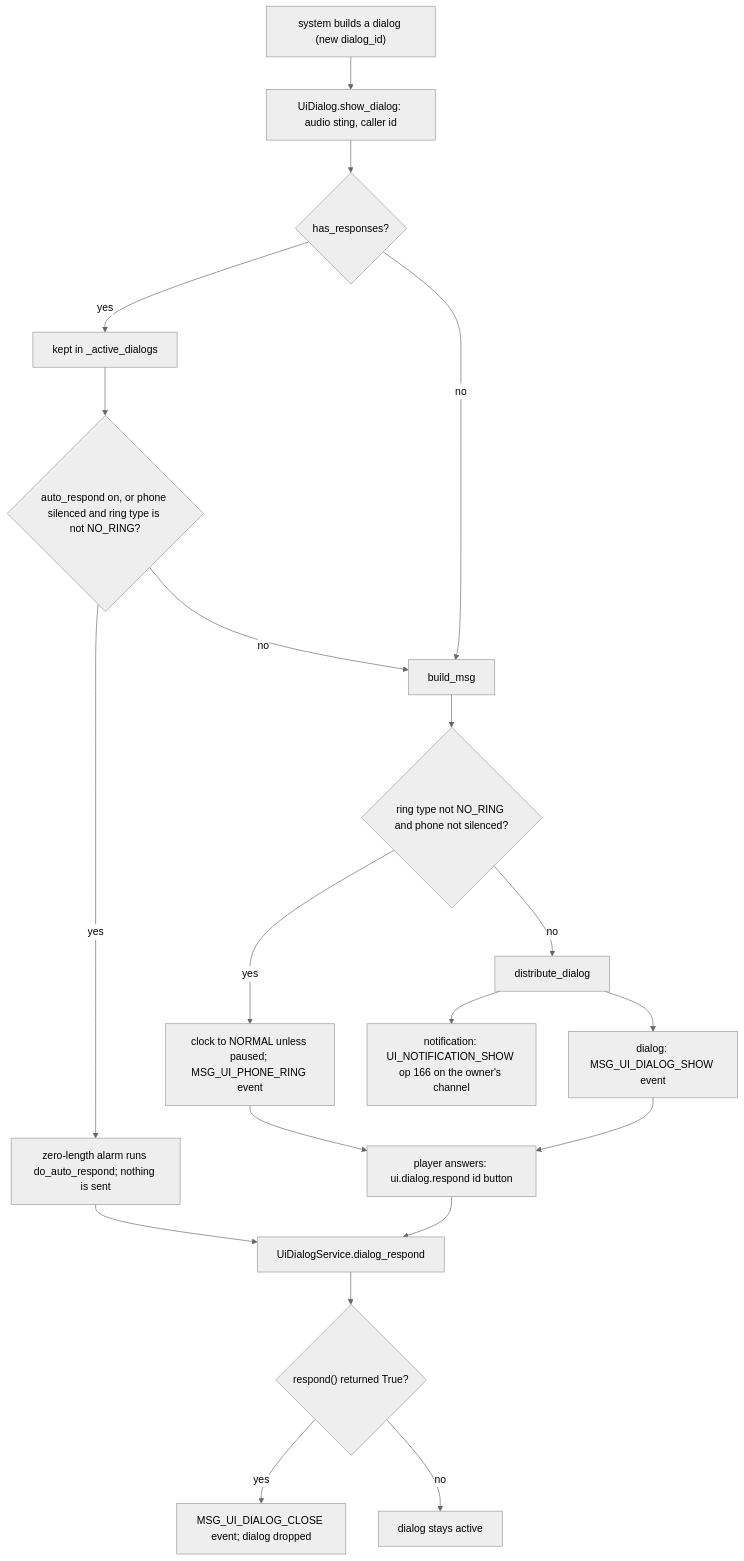
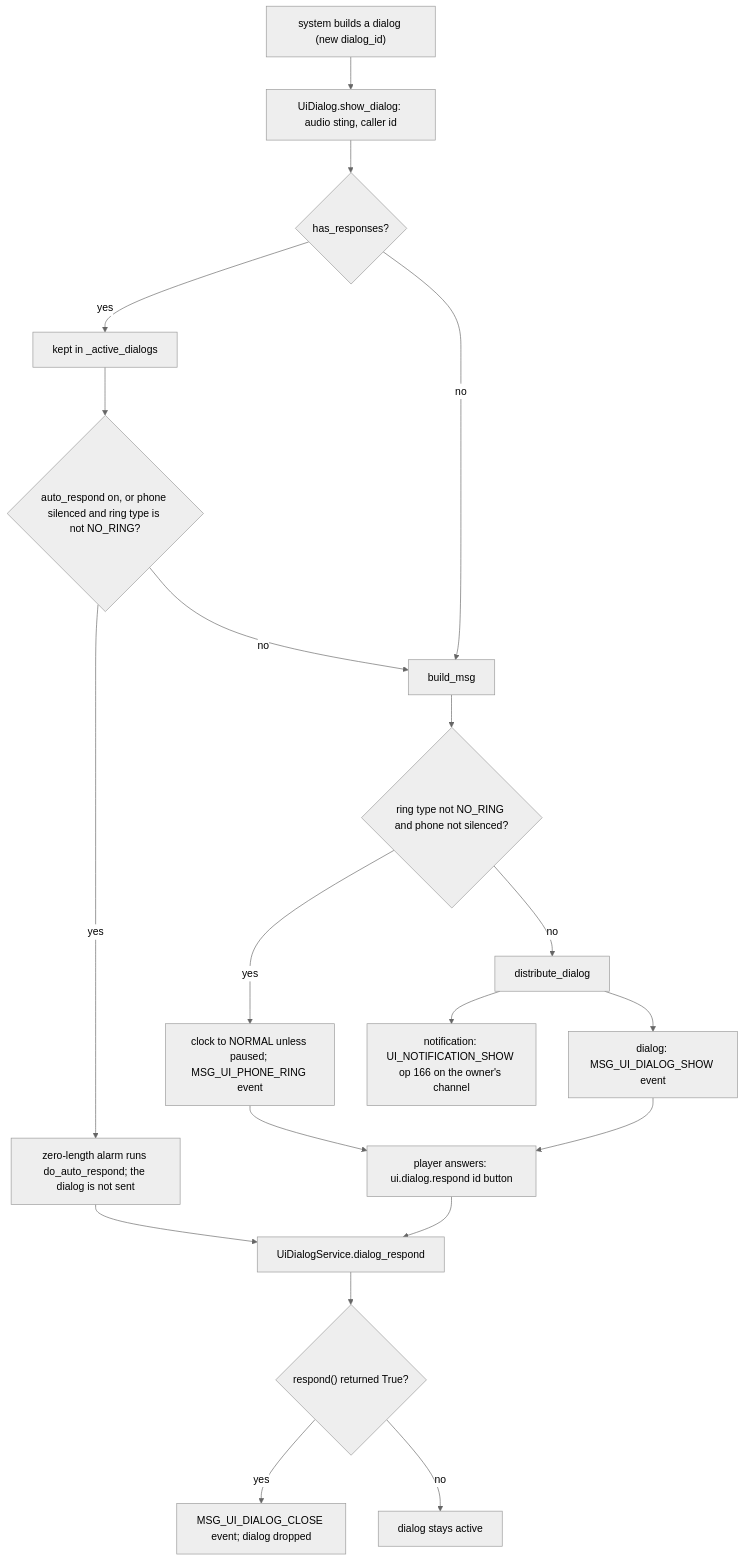
Before and after one commit to sudo-ezekiel/how-the-sims-4-works: the first of 2 diagrams in src/7.01-ui-dialogs-tutorials.md, drawn with Mermaid (neutral theme). The commit also changed other lines of this file and 60 other files, not shown here.

````diff
--- a/src/7.01-ui-dialogs-tutorials.md
+++ b/src/7.01-ui-dialogs-tutorials.md
@@ -46,22 +46,22 @@
 ```mermaid
 flowchart TD
   A["system builds a dialog (new dialog_id)"] --> B["UiDialog.show_dialog: audio sting, caller id"]
   B --> C{"has_responses?"}
   C -- yes --> D["kept in _active_dialogs"]
   D --> E{"auto_respond on, or phone silenced and ring type is not NO_RING?"}
-  E -- yes --> F["zero-length alarm runs do_auto_respond; nothing is sent"]
+  E -- yes --> F["zero-length alarm runs do_auto_respond; the dialog is not sent"]
   E -- no --> G["build_msg"]
   C -- no --> G
   G --> H{"ring type not NO_RING and phone not silenced?"}
   H -- yes --> I["clock to NORMAL unless paused; MSG_UI_PHONE_RING event"]
   H -- no --> J["distribute_dialog"]
   J --> K["dialog: MSG_UI_DIALOG_SHOW event"]
   J --> L["notification: UI_NOTIFICATION_SHOW op 166 on the owner's channel"]
   I --> M["player answers: ui.dialog.respond id button"]
   K --> M
   F --> N["UiDialogService.dialog_respond"]
   M --> N
   N --> O{"respond() returned True?"}
   O -- yes --> P["MSG_UI_DIALOG_CLOSE event; dialog dropped"]
   O -- no --> Q["dialog stays active"]
 ```
````
